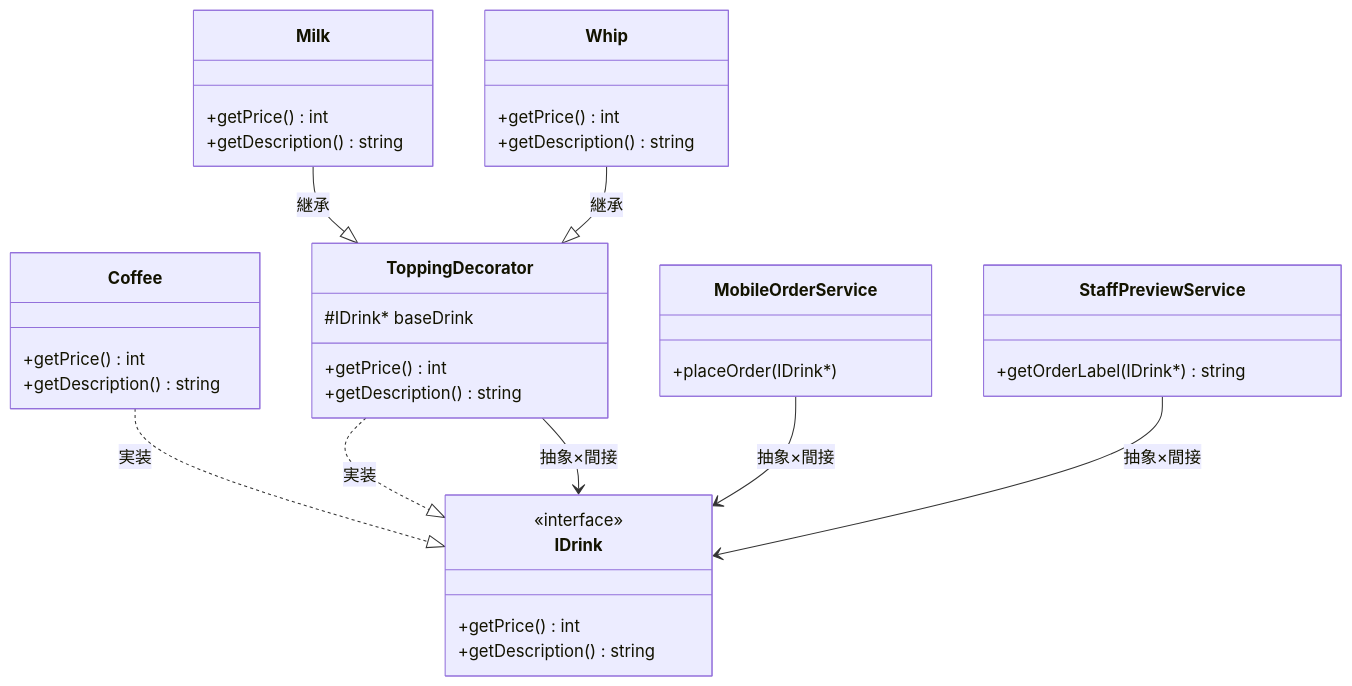
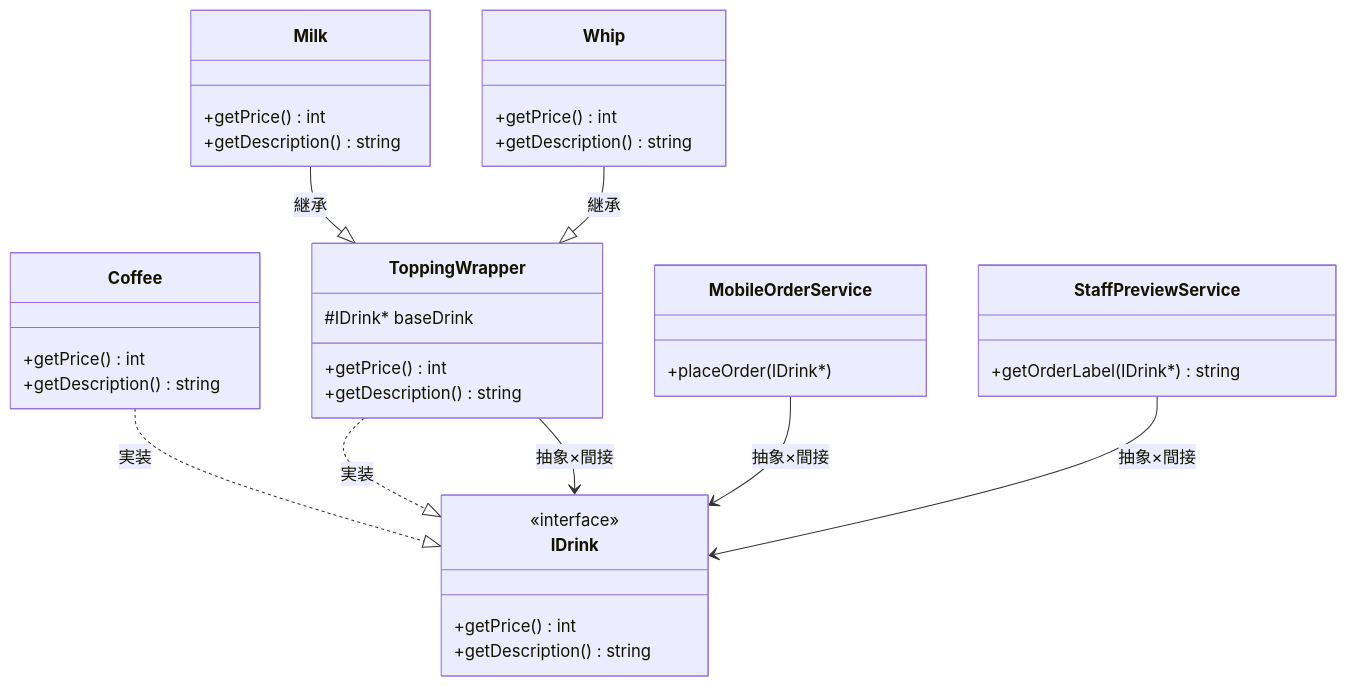
Before and after one commit to kumachan1101-pixel/DesignPattern: the seventh of 10 diagrams in kindle/design-patterns/output/chapter06.md, drawn with Mermaid. The commit also changed other lines of this file and 1 other file, not shown here.

````diff
--- a/kindle/design-patterns/output/chapter06.md
+++ b/kindle/design-patterns/output/chapter06.md
@@ -915,38 +915,38 @@
 ```mermaid
 classDiagram
     class IDrink {
         <<interface>>
         +getPrice() int
         +getDescription() string
     }
     class Coffee {
         +getPrice() int
         +getDescription() string
     }
-    class ToppingDecorator {
+    class ToppingWrapper {
         #IDrink* baseDrink
         +getPrice() int
         +getDescription() string
     }
     class Milk {
         +getPrice() int
         +getDescription() string
     }
     class Whip {
         +getPrice() int
         +getDescription() string
     }
     class MobileOrderService {
         +placeOrder(IDrink*)
     }
     class StaffPreviewService {
         +getOrderLabel(IDrink*) string
     }
     Coffee ..|> IDrink : 実装
-    ToppingDecorator ..|> IDrink : 実装
-    ToppingDecorator --> IDrink : 抽象×間接
-    Milk --|> ToppingDecorator : 継承
-    Whip --|> ToppingDecorator : 継承
+    ToppingWrapper ..|> IDrink : 実装
+    ToppingWrapper --> IDrink : 抽象×間接
+    Milk --|> ToppingWrapper : 継承
+    Whip --|> ToppingWrapper : 継承
     MobileOrderService --> IDrink : 抽象×間接
     StaffPreviewService --> IDrink : 抽象×間接
 ```
````
